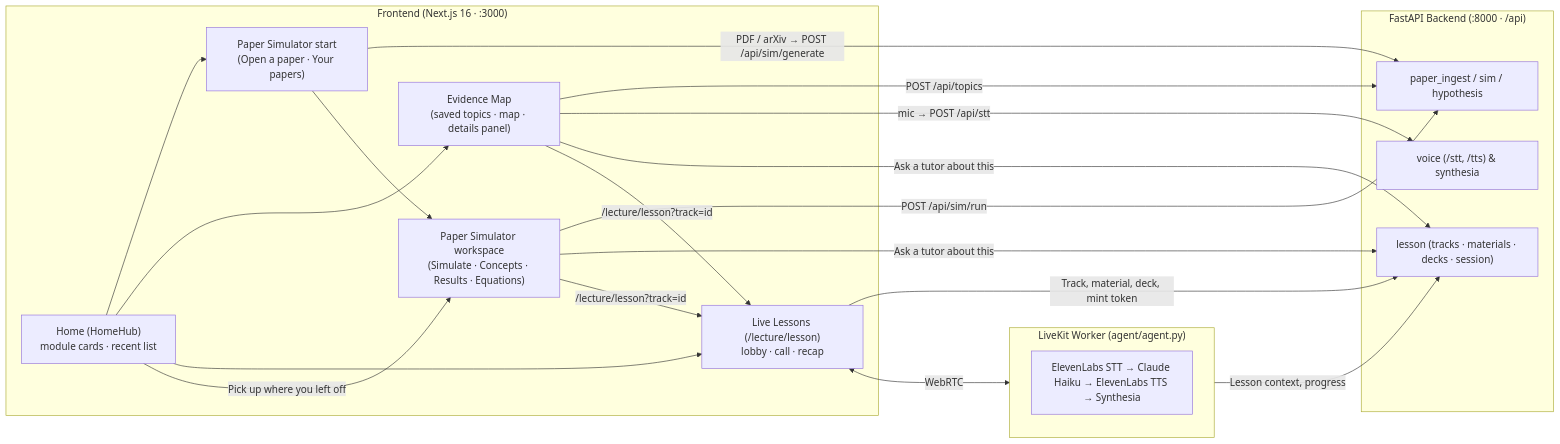
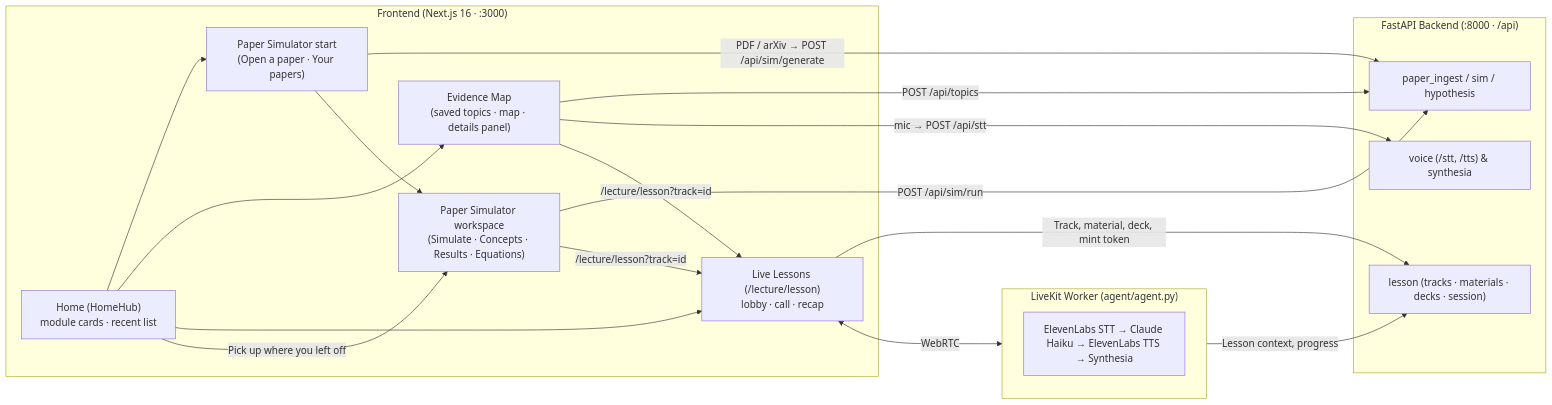
One commit to AshuMaths1729/Imperial_AI_Hack changed the diagram in DESIGN.md. Above: the diagram before and after it, drawn with Mermaid. The commit also changed other lines of this file and 19 other files, not shown here.

````diff
--- a/DESIGN.md
+++ b/DESIGN.md
@@ -11,37 +11,35 @@
 ```mermaid
 flowchart LR
   subgraph Client["Frontend (Next.js 16 · :3000)"]
     Home["Home (HomeHub)<br/>module cards · recent list"]
     PSStart["Paper Simulator start<br/>(Open a paper · Your papers)"]
     PS["Paper Simulator workspace<br/>(Simulate · Concepts · Results · Equations)"]
     EM["Evidence Map<br/>(saved topics · map · details panel)"]
     Lessons["Live Lessons (/lecture/lesson)<br/>lobby · call · recap"]
   end
 
   subgraph Backend["FastAPI Backend (:8000 · /api)"]
     Ingest["paper_ingest / sim / hypothesis"]
     Voice["voice (/stt, /tts) & synthesia"]
     LessonAPI["lesson (tracks · materials · decks · session)"]
   end
 
   subgraph Agent["LiveKit Worker (agent/agent.py)"]
     Pipeline["ElevenLabs STT → Claude Haiku → ElevenLabs TTS → Synthesia"]
   end
 
   Home --> PSStart
   Home --> EM
   Home --> Lessons
   Home -->|Pick up where you left off| PS
   PSStart -->|PDF / arXiv → POST /api/sim/generate| Ingest
   PSStart --> PS
   PS -->|POST /api/sim/run| Ingest
   EM -->|POST /api/topics| Ingest
   EM -->|mic → POST /api/stt| Voice
-  PS -->|Ask a tutor about this| LessonAPI
-  EM -->|Ask a tutor about this| LessonAPI
   PS -->|"/lecture/lesson?track=id"| Lessons
   EM -->|"/lecture/lesson?track=id"| Lessons
   Lessons -->|Track, material, deck, mint token| LessonAPI
   Lessons <-->|WebRTC| Agent
   Agent -->|Lesson context, progress| LessonAPI
 ```
````
